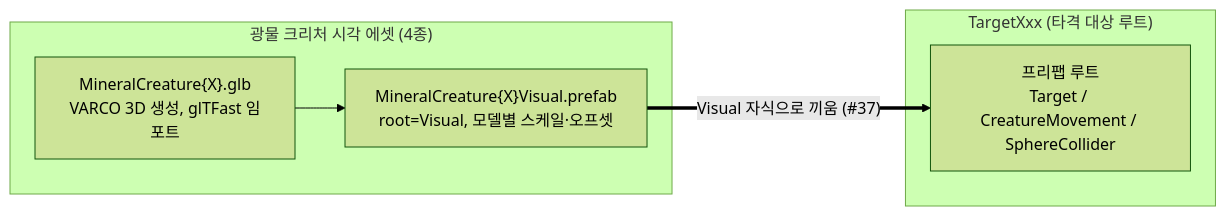
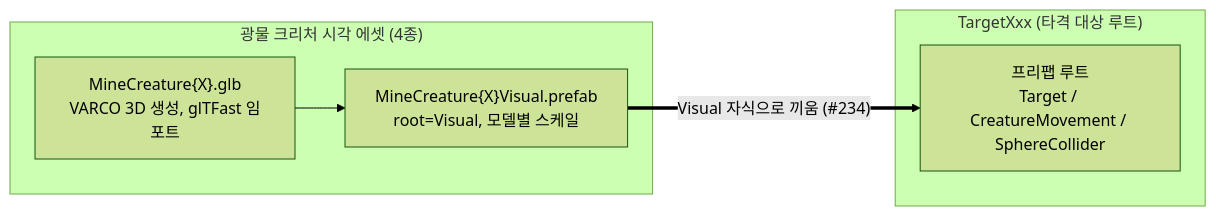
One commit to KDNA-Gwangju-1/NCAIClicker changed the diagram in docs/TECH_NOTES/mineral-creature-assets.md. Above: the diagram before and after it, drawn with Mermaid (forest theme). The commit also changed other lines of this file and 29 other files, not shown here.

````diff
--- a/docs/TECH_NOTES/mineral-creature-assets.md
+++ b/docs/TECH_NOTES/mineral-creature-assets.md
@@ -42,12 +45,12 @@
 ```mermaid
 flowchart LR
   subgraph Asset["광물 크리처 시각 에셋 (4종)"]
-    glb["MineralCreature{X}.glb<br/>VARCO 3D 생성, glTFast 임포트"]
-    visual["MineralCreature{X}Visual.prefab<br/>root=Visual, 모델별 스케일·오프셋"]
+    glb["MineCreature{X}.glb<br/>VARCO 3D 생성, glTFast 임포트"]
+    visual["MineCreature{X}Visual.prefab<br/>root=Visual, 모델별 스케일"]
     glb --> visual
   end
   subgraph Core["TargetXxx (타격 대상 루트)"]
     root["프리팹 루트<br/>Target / CreatureMovement / SphereCollider"]
   end
-  visual == "Visual 자식으로 끼움 (#37)" ==> root
+  visual == "Visual 자식으로 끼움 (#234)" ==> root
 ```
````
